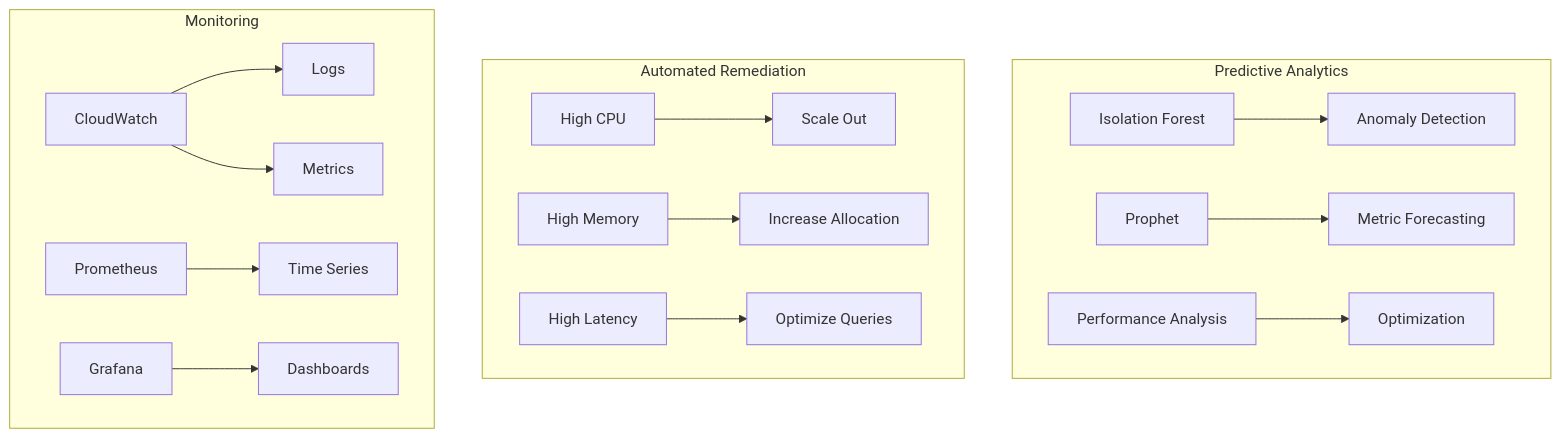
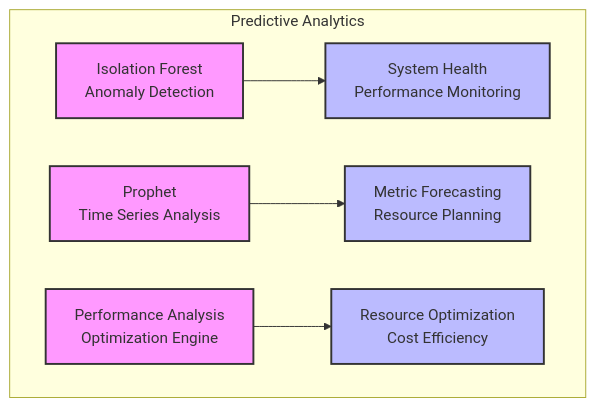
One commit to Jencheng1/DocuVector changed the eighth of 21 diagrams in README.md. Above: the diagram before and after it, drawn with Mermaid. The commit also changed other lines of this file, not shown here.

````diff
--- a/README.md
+++ b/README.md
@@ -127,21 +211,15 @@
 ```mermaid
 graph TD
+    style A fill:#f9f,stroke:#333,stroke-width:2px
+    style B fill:#bbf,stroke:#333,stroke-width:2px
+    style C fill:#f9f,stroke:#333,stroke-width:2px
+    style D fill:#bbf,stroke:#333,stroke-width:2px
+    style E fill:#f9f,stroke:#333,stroke-width:2px
+    style F fill:#bbf,stroke:#333,stroke-width:2px
+
     subgraph "Predictive Analytics"
-        A[Isolation Forest] --> B[Anomaly Detection]
-        C[Prophet] --> D[Metric Forecasting]
-        E[Performance Analysis] --> F[Optimization]
-    end
-
-    subgraph "Automated Remediation"
-        G[High CPU] --> H[Scale Out]
-        I[High Memory] --> J[Increase Allocation]
-        K[High Latency] --> L[Optimize Queries]
-    end
-
-    subgraph "Monitoring"
-        M[CloudWatch] --> N[Logs]
-        M --> O[Metrics]
-        P[Prometheus] --> Q[Time Series]
-        R[Grafana] --> S[Dashboards]
+        A[Isolation Forest<br/>Anomaly Detection] --> B[System Health<br/>Performance Monitoring]
+        C[Prophet<br/>Time Series Analysis] --> D[Metric Forecasting<br/>Resource Planning]
+        E[Performance Analysis<br/>Optimization Engine] --> F[Resource Optimization<br/>Cost Efficiency]
     end
 ```
````
